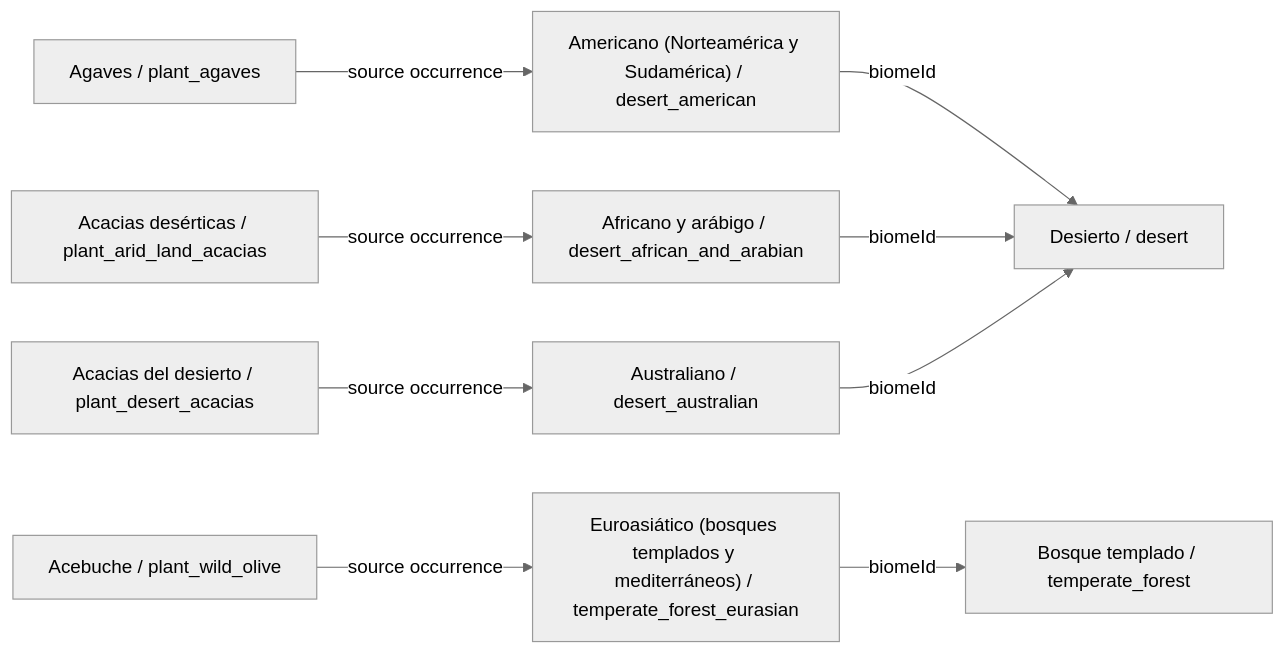
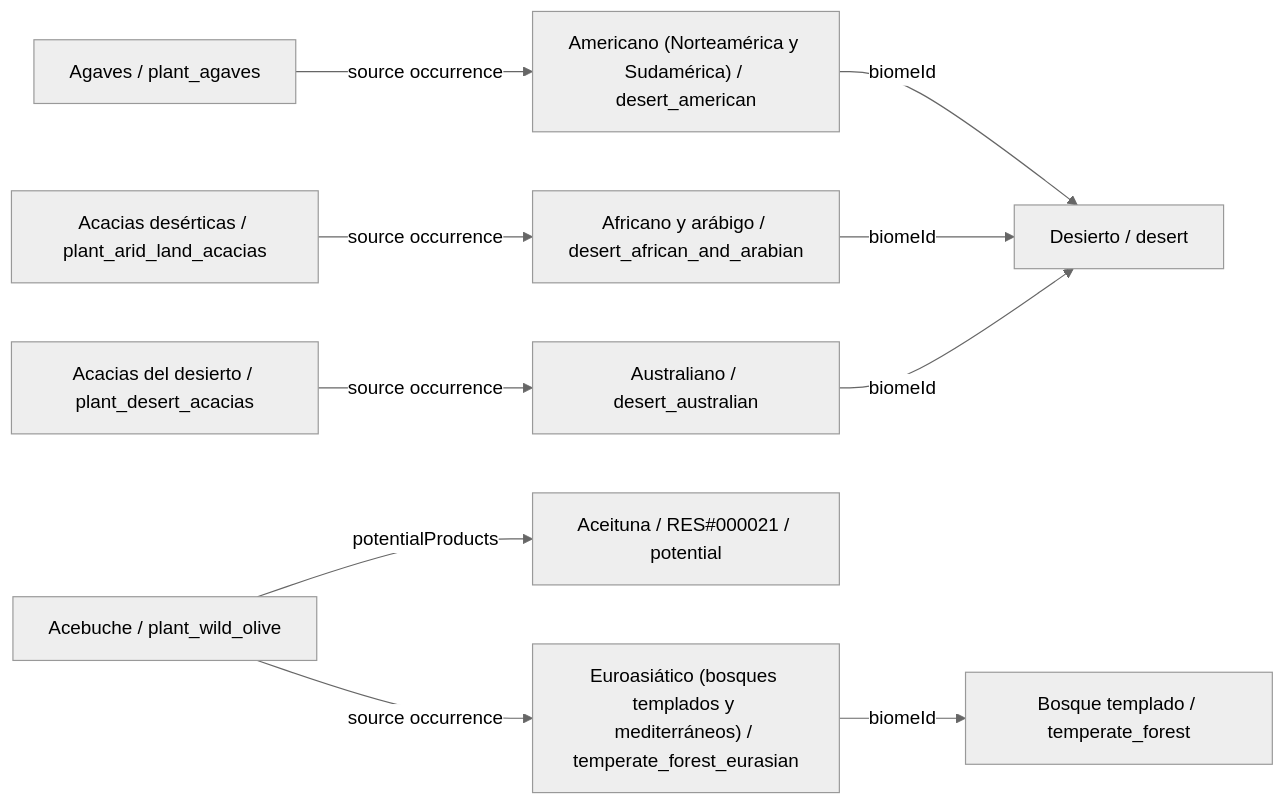
The second of 39 diagrams in data/plants/DIAGRAMS.es.md (fgabo404/EvolveDoc), drawn with Mermaid (neutral theme) before and after one commit. The commit also changed other lines of this file and 50 other files, not shown here.

````diff
--- a/data/plants/DIAGRAMS.es.md
+++ b/data/plants/DIAGRAMS.es.md
@@ -181,21 +181,23 @@
 ```mermaid
 flowchart LR
     c0["Acacias del desierto / plant_desert_acacias"]
     v18["Australiano / desert_australian"]
     b4["Desierto / desert"]
     c1["Acacias desérticas / plant_arid_land_acacias"]
     v16["Africano y arábigo / desert_african_and_arabian"]
     c2["Acebuche / plant_wild_olive"]
     v4["Euroasiático (bosques templados y mediterráneos) / temperate_forest_eurasian"]
     b1["Bosque templado / temperate_forest"]
+    o2_0["Aceituna / RES#000021 / potential"]
     c3["Agaves / plant_agaves"]
     v15["Americano (Norteamérica y Sudamérica) / desert_american"]
     c0 -->|source occurrence| v18
     c1 -->|source occurrence| v16
+    c2 -->|potentialProducts| o2_0
     c2 -->|source occurrence| v4
     c3 -->|source occurrence| v15
     v15 -->|biomeId| b4
     v16 -->|biomeId| b4
     v18 -->|biomeId| b4
     v4 -->|biomeId| b1
 ```
````
